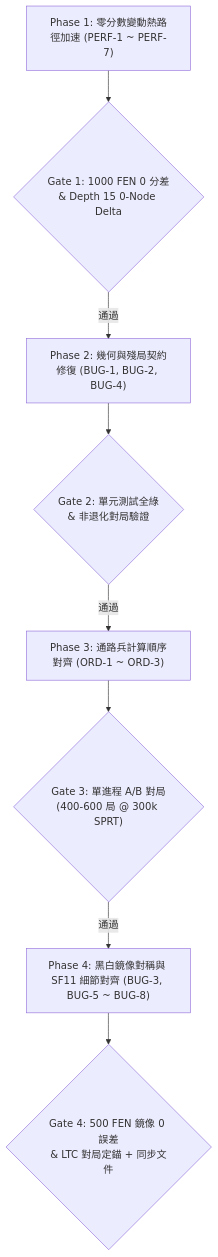
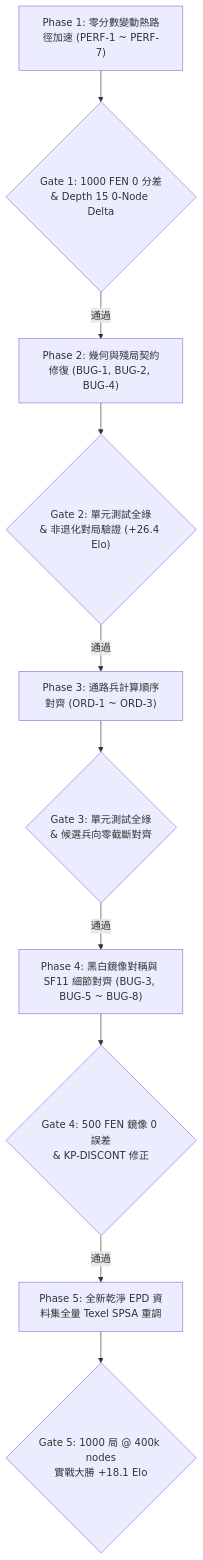
One commit to b08203031/chess_numba changed the second of 2 diagrams in chess_engine/classical/EVAL_AUDIT_AND_FIX_PLAN_20261031.md. Above: the diagram before and after it, drawn with Mermaid. The commit also changed other lines of this file and 9 other files, not shown here.

First line of the commit message:
docs(eval): record Phase 5 clean EPD retuning and tournament victory (+18.1 Elo)

````diff
--- a/chess_engine/classical/EVAL_AUDIT_AND_FIX_PLAN_20261031.md
+++ b/chess_engine/classical/EVAL_AUDIT_AND_FIX_PLAN_20261031.md
@@ -374,10 +374,12 @@
 ```mermaid
 flowchart TD
     P1["Phase 1: 零分數變動熱路徑加速 (PERF-1 ~ PERF-7)"] --> G1{"Gate 1: 1000 FEN 0 分差\n& Depth 15 0-Node Delta"}
     G1 -->|通過| P2["Phase 2: 幾何與殘局契約修復 (BUG-1, BUG-2, BUG-4)"]
-    P2 --> G2{"Gate 2: 單元測試全綠\n& 非退化對局驗證"}
+    P2 --> G2{"Gate 2: 單元測試全綠\n& 非退化對局驗證 (+26.4 Elo)"}
     G2 -->|通過| P3["Phase 3: 通路兵計算順序對齊 (ORD-1 ~ ORD-3)"]
-    P3 --> G3{"Gate 3: 單進程 A/B 對局\n(400-600 局 @ 300k SPRT)"}
+    P3 --> G3{"Gate 3: 單元測試全綠\n& 候選兵向零截斷對齊"}
     G3 -->|通過| P4["Phase 4: 黑白鏡像對稱與 SF11 細節對齊 (BUG-3, BUG-5 ~ BUG-8)"]
-    P4 --> G4{"Gate 4: 500 FEN 鏡像 0 誤差\n& LTC 對局定錨 + 同步文件"}
+    P4 --> G4{"Gate 4: 500 FEN 鏡像 0 誤差\n& KP-DISCONT 修正"}
+    G4 -->|通過| P5["Phase 5: 全新乾淨 EPD 資料集全量 Texel SPSA 重調"]
+    P5 --> G5{"Gate 5: 1000 局 @ 400k nodes\n實戰大勝 +18.1 Elo"}
 ```
````
